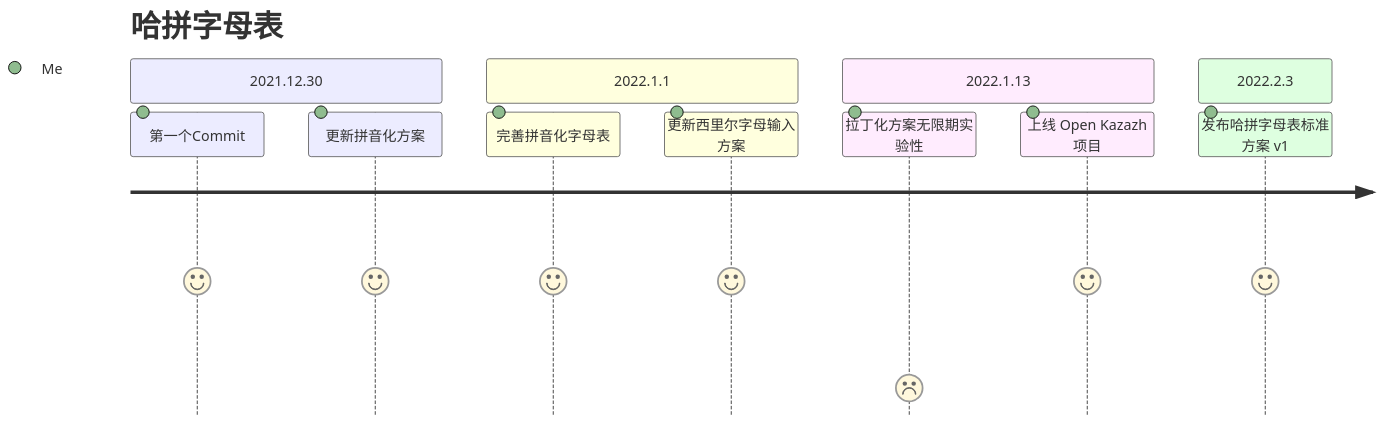
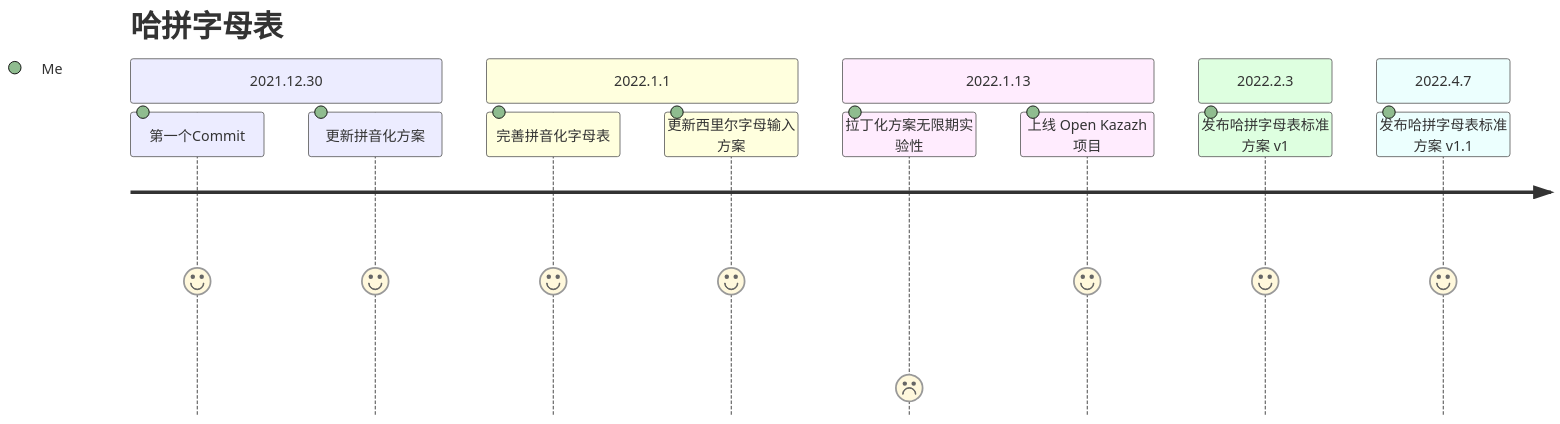
The first of 3 diagrams in milestone.md (ha-pin/rime-kz-experiment), drawn with Mermaid before and after one commit. The commit also changed other lines of this file and 3 other files, not shown here.

````diff
--- a/milestone.md
+++ b/milestone.md
@@ -3,15 +3,17 @@
 ```mermaid
 journey
     title 哈拼字母表
     section 2021.12.30
       第一个Commit: 5: Me
       更新拼音化方案: 5: Me
     section 2022.1.1
       完善拼音化字母表: 5: Me
       更新西里尔字母输入方案: 5: Me
     section 2022.1.13
       拉丁化方案无限期实验性: 1: Me
       上线 Open Kazazh 项目: 5 : Me
     section 2022.2.3
       发布哈拼字母表标准方案 v1: 5 : Me
+    section 2022.4.7
+      发布哈拼字母表标准方案 v1.1: 5 :Me
 ```
````
